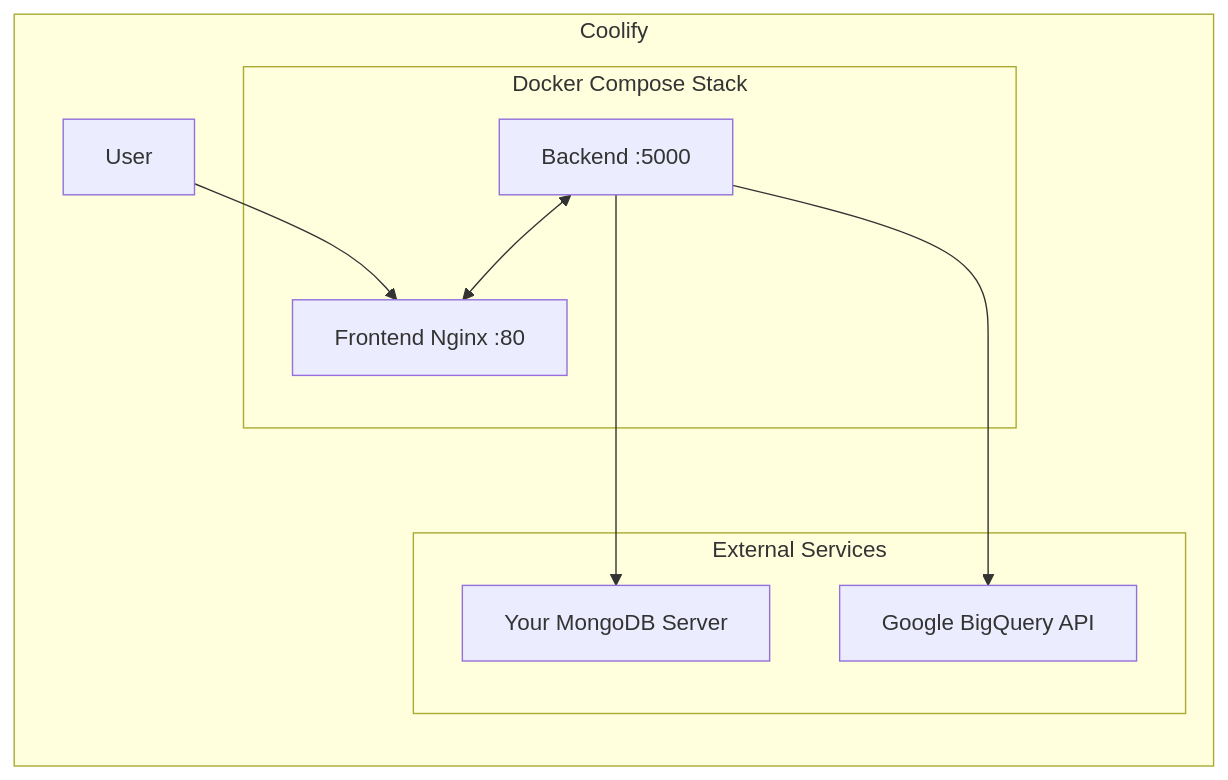
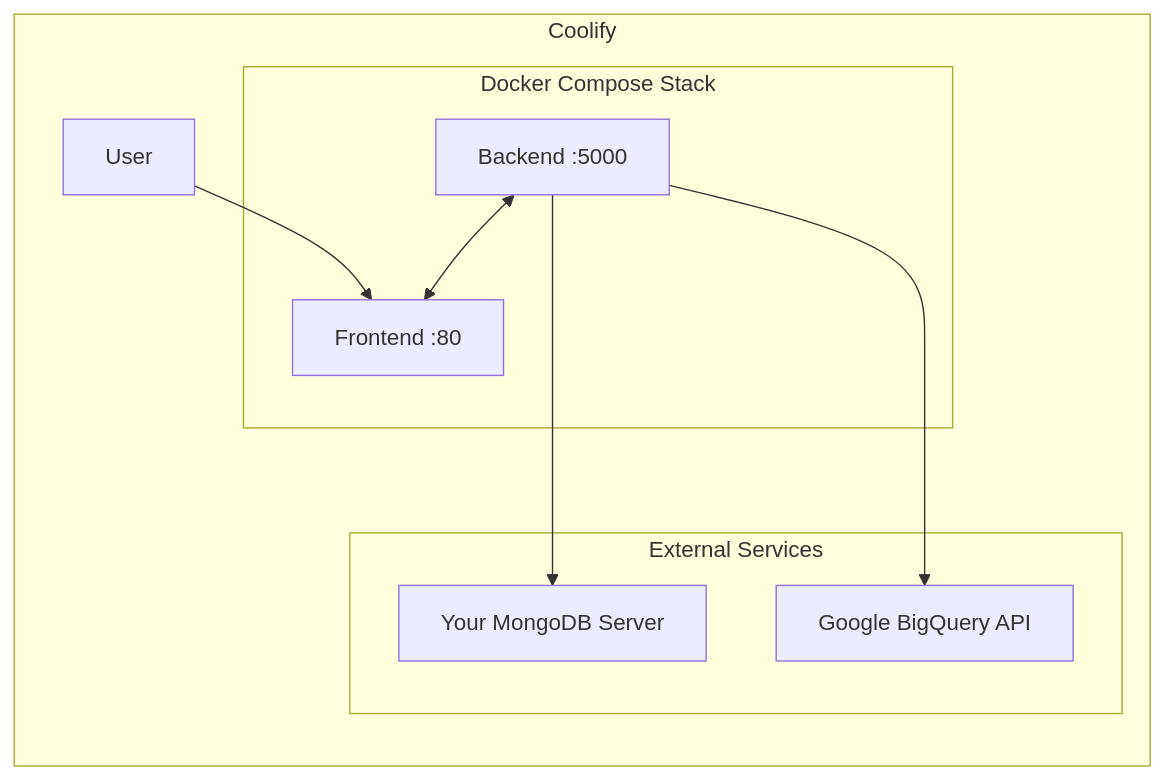
The third of 3 diagrams in docs/coolify-deployment.md (maulananizhar/be-bq-viewer), drawn with Mermaid before and after one commit. The commit also changed other lines of this file and 2 other files, not shown here.

````diff
--- a/docs/coolify-deployment.md
+++ b/docs/coolify-deployment.md
@@ -295,15 +297,15 @@
 ```mermaid
 flowchart LR
     subgraph Coolify
         subgraph "Docker Compose Stack"
             BE[Backend :5000]
-            FE[Frontend Nginx :80]
+            FE[Frontend :80]
             BE <--> FE
         end
         subgraph "External Services"
             BE ---> MongoDB[Your MongoDB Server]
             BE ---> GCP[Google BigQuery API]
         end
         User --> FE
     end
 ```
````
